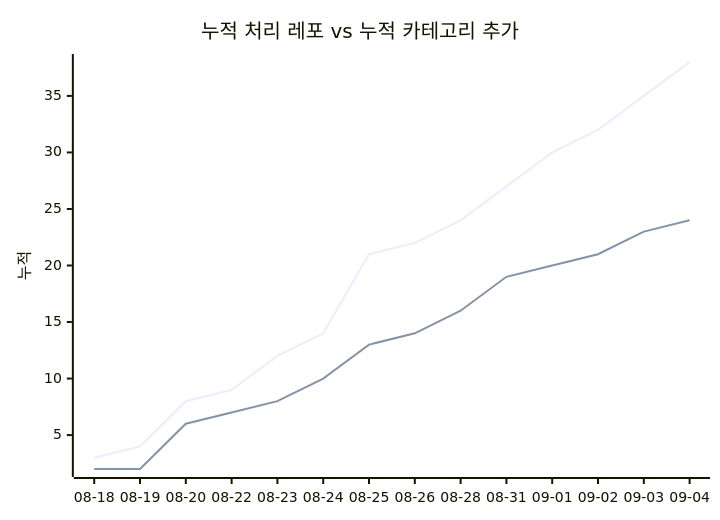
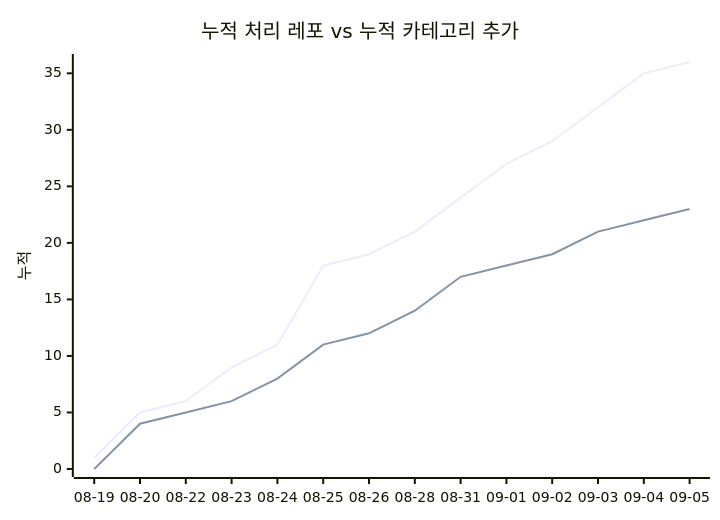
The second of 2 diagrams in docs/trends.md (J-nowcow/awesome-korean-agent-skills), drawn with Mermaid before and after one commit. The commit also changed other lines of this file and 3 other files, not shown here.

````diff
--- a/docs/trends.md
+++ b/docs/trends.md
@@ -68,8 +68,8 @@
 ```mermaid
 xychart-beta
     title "누적 처리 레포 vs 누적 카테고리 추가"
-    x-axis ["08-18","08-19","08-20","08-22","08-23","08-24","08-25","08-26","08-28","08-31","09-01","09-02","09-03","09-04"]
+    x-axis ["08-19","08-20","08-22","08-23","08-24","08-25","08-26","08-28","08-31","09-01","09-02","09-03","09-04","09-05"]
     y-axis "누적"
-    line [3,4,8,9,12,14,21,22,24,27,30,32,35,38]
-    line [2,2,6,7,8,10,13,14,16,19,20,21,23,24]
+    line [1,5,6,9,11,18,19,21,24,27,29,32,35,36]
+    line [0,4,5,6,8,11,12,14,17,18,19,21,22,23]
 ```
````
